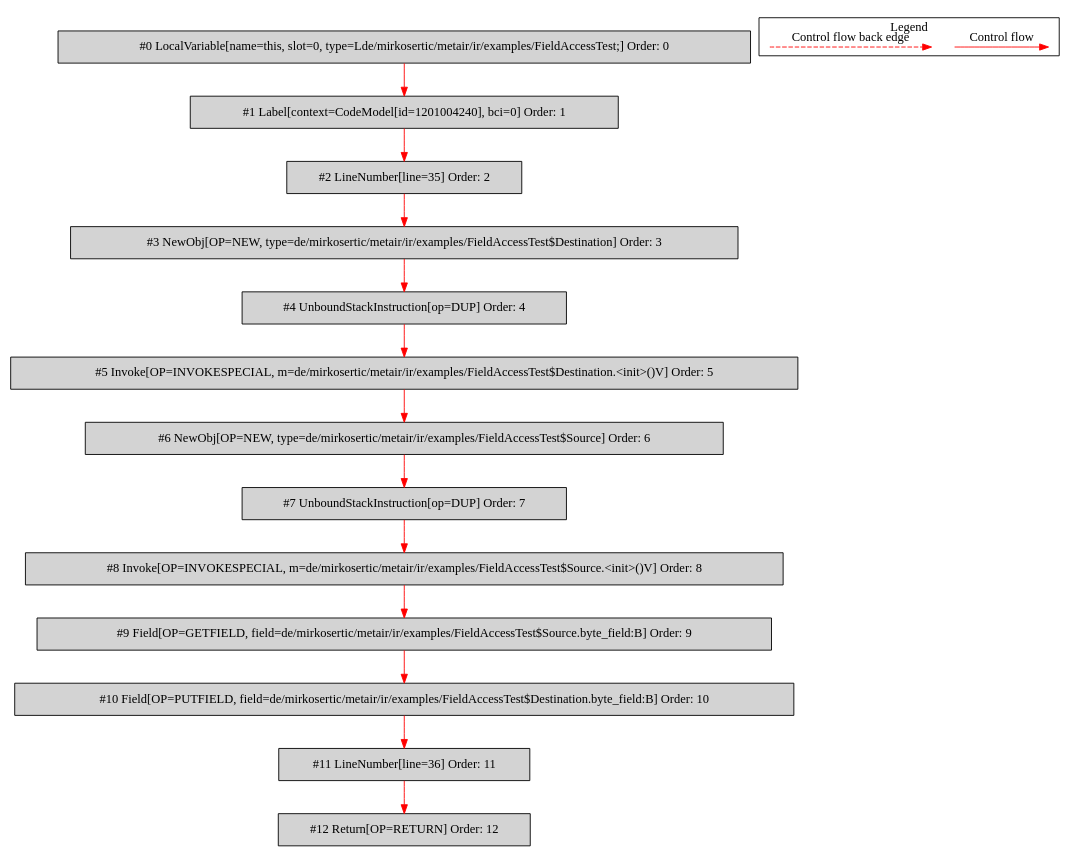
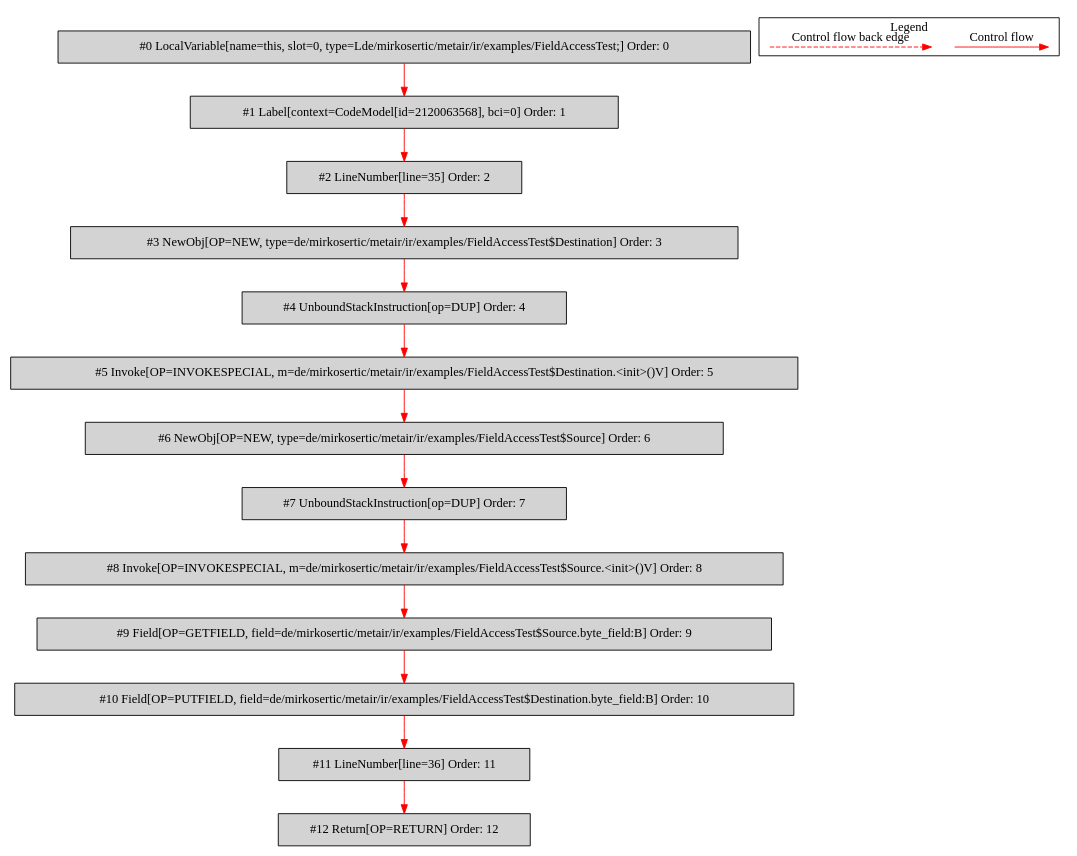
Before and after one commit to mirkosertic/MetaIR: the diagram in de.mirkosertic.metair.ir.examples.FieldAccessTest/copy_byte/bytecodecfg.dot, drawn with Graphviz. The commit also changed 65 other files, not shown here.

```diff
--- a/de.mirkosertic.metair.ir.examples.FieldAccessTest/copy_byte/bytecodecfg.dot
+++ b/de.mirkosertic.metair.ir.examples.FieldAccessTest/copy_byte/bytecodecfg.dot
@@ -1,41 +1,41 @@
 digraph {
  node0[label="#0 LocalVariable[name=this, slot=0, type=Lde/mirkosertic/metair/ir/examples/FieldAccessTest;] Order: 0", shape=box, fillcolor=lightgrey, style=filled];
- node1[label="#1 Label[context=CodeModel[id=1201004240], bci=0] Order: 1", shape=box, fillcolor=lightgrey, style=filled];
+ node1[label="#1 Label[context=CodeModel[id=2120063568], bci=0] Order: 1", shape=box, fillcolor=lightgrey, style=filled];
  node2[label="#2 LineNumber[line=35] Order: 2", shape=box, fillcolor=lightgrey, style=filled];
  node3[label="#3 NewObj[OP=NEW, type=de/mirkosertic/metair/ir/examples/FieldAccessTest$Destination] Order: 3", shape=box, fillcolor=lightgrey, style=filled];
  node4[label="#4 UnboundStackInstruction[op=DUP] Order: 4", shape=box, fillcolor=lightgrey, style=filled];
  node5[label="#5 Invoke[OP=INVOKESPECIAL, m=de/mirkosertic/metair/ir/examples/FieldAccessTest$Destination.<init>()V] Order: 5", shape=box, fillcolor=lightgrey, style=filled];
  node6[label="#6 NewObj[OP=NEW, type=de/mirkosertic/metair/ir/examples/FieldAccessTest$Source] Order: 6", shape=box, fillcolor=lightgrey, style=filled];
  node7[label="#7 UnboundStackInstruction[op=DUP] Order: 7", shape=box, fillcolor=lightgrey, style=filled];
  node8[label="#8 Invoke[OP=INVOKESPECIAL, m=de/mirkosertic/metair/ir/examples/FieldAccessTest$Source.<init>()V] Order: 8", shape=box, fillcolor=lightgrey, style=filled];
  node9[label="#9 Field[OP=GETFIELD, field=de/mirkosertic/metair/ir/examples/FieldAccessTest$Source.byte_field:B] Order: 9", shape=box, fillcolor=lightgrey, style=filled];
  node10[label="#10 Field[OP=PUTFIELD, field=de/mirkosertic/metair/ir/examples/FieldAccessTest$Destination.byte_field:B] Order: 10", shape=box, fillcolor=lightgrey, style=filled];
  node11[label="#11 LineNumber[line=36] Order: 11", shape=box, fillcolor=lightgrey, style=filled];
  node12[label="#12 Return[OP=RETURN] Order: 12", shape=box, fillcolor=lightgrey, style=filled];
  node0 -> node1[color=red];
  node1 -> node2[color=red];
  node2 -> node3[color=red];
  node3 -> node4[color=red];
  node4 -> node5[color=red];
  node5 -> node6[color=red];
  node6 -> node7[color=red];
  node7 -> node8[color=red];
  node8 -> node9[color=red];
  node9 -> node10[color=red];
  node10 -> node11[color=red];
  node11 -> node12[color=red];
  subgraph cluster_000 {
   label = "Legend";
   node [shape=point]
   {
    rank=same;
    c0 [style = invis];
    c1 [style = invis];
    c2 [style = invis];
    c3 [style = invis];
   }
   c0 -> c1 [label="Control flow", style=solid, color=red]
   c2 -> c3 [label="Control flow back edge", style=dashed, color=red]
  }
 
 }
```
